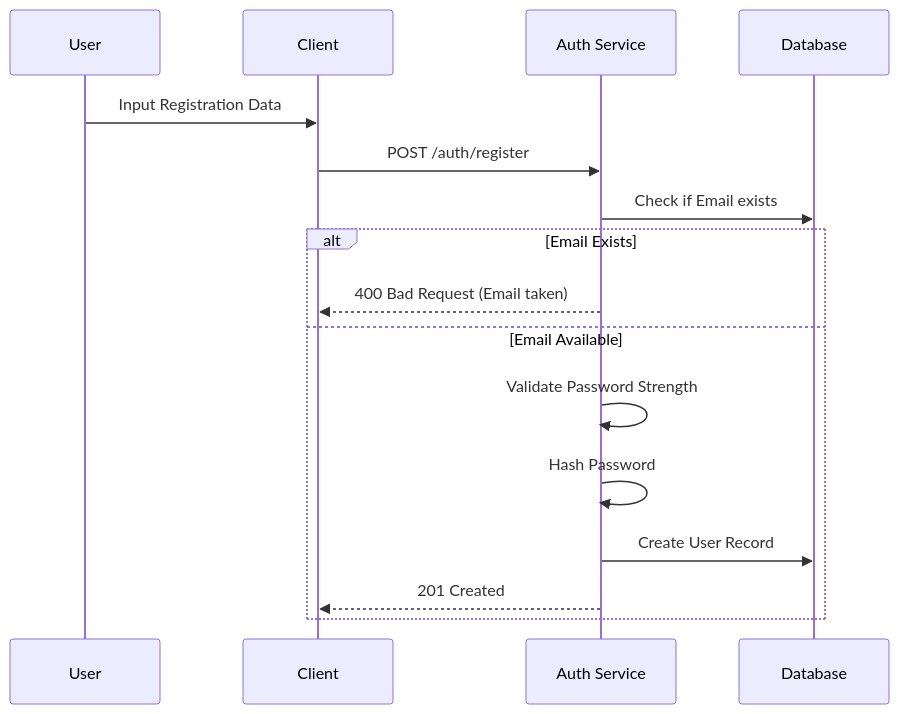
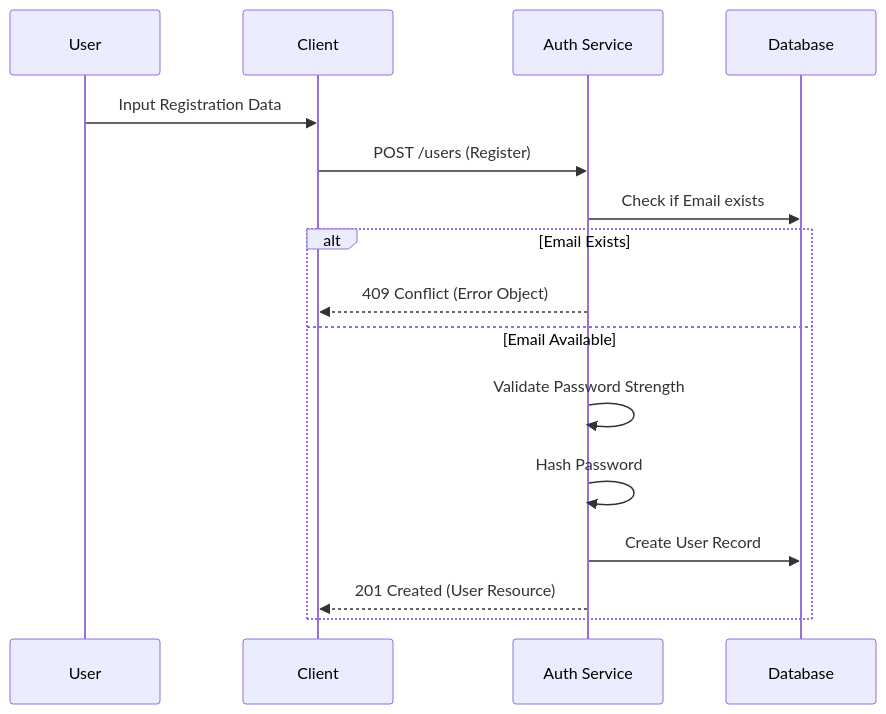
Before and after one commit to vheins/vibe-coding-template: the second of 3 diagrams in .agent/modules/iam-security/authentication.md, drawn with Mermaid. The commit also changed other lines of this file and 3 other files, not shown here.

````diff
--- a/.agent/modules/iam-security/authentication.md
+++ b/.agent/modules/iam-security/authentication.md
@@ -48,19 +92,19 @@
 ```mermaid
 sequenceDiagram
     participant User
     participant Client
     participant API as Auth Service
     participant DB as Database
 
     User->>Client: Input Registration Data
-    Client->>API: POST /auth/register
+    Client->>API: POST /users (Register)
     API->>DB: Check if Email exists
     alt Email Exists
-        API-->>Client: 400 Bad Request (Email taken)
+        API-->>Client: 409 Conflict (Error Object)
     else Email Available
         API->>API: Validate Password Strength
         API->>API: Hash Password
         API->>DB: Create User Record
-        API-->>Client: 201 Created
+        API-->>Client: 201 Created (User Resource)
     end
 ```
````
